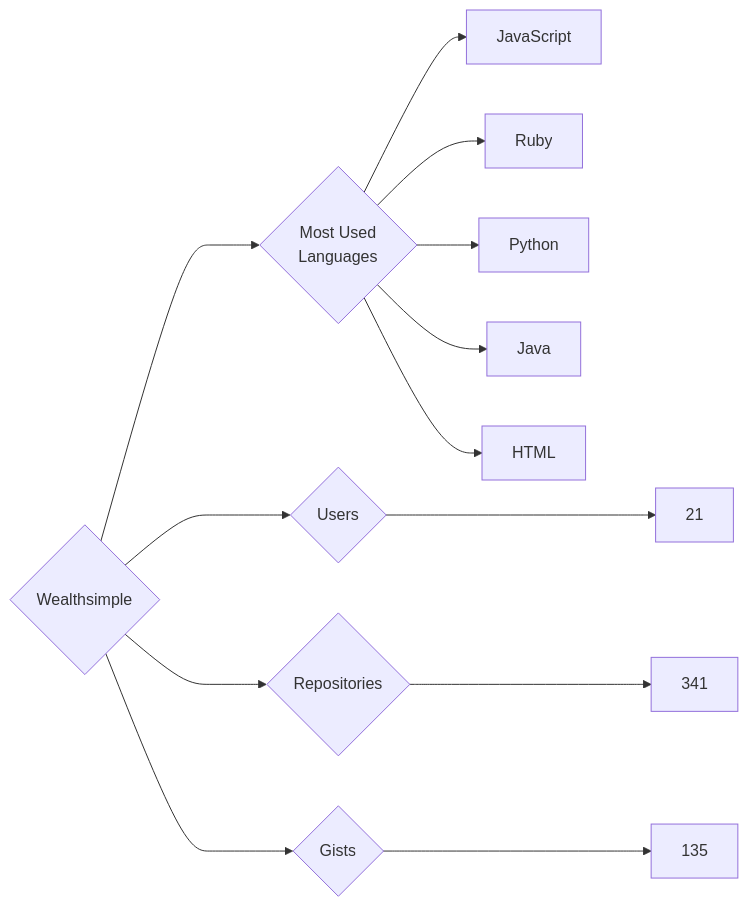
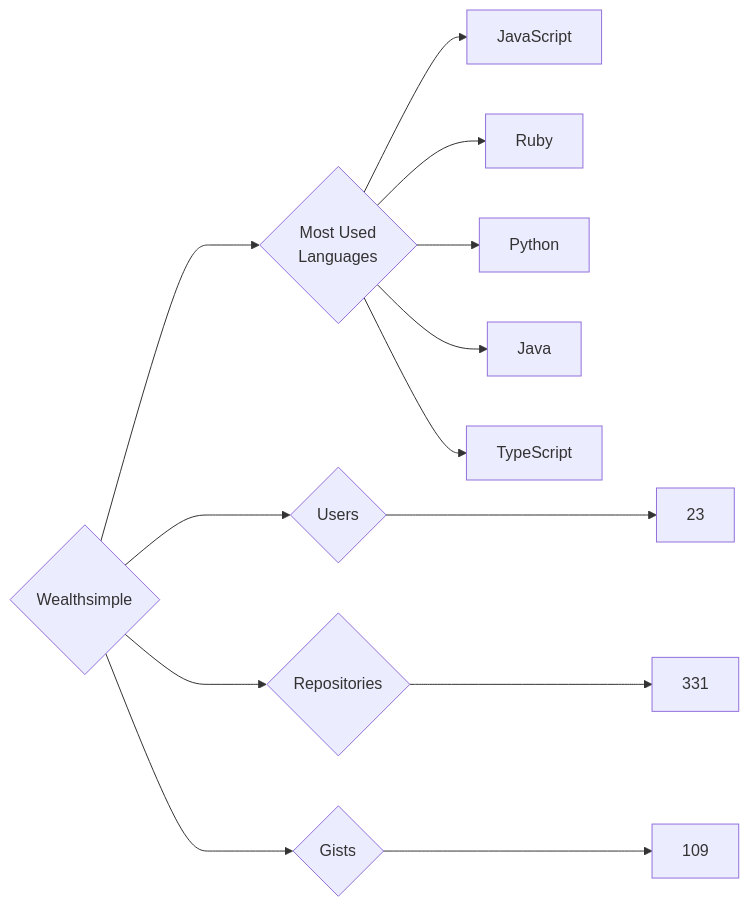
Before and after one commit to trickest/insiders: the diagram in targets/Wealthsimple/README.md, drawn with Mermaid. The commit also changed 1696 other files, not shown here.

````diff
--- a/targets/Wealthsimple/README.md
+++ b/targets/Wealthsimple/README.md
@@ -3,13 +3,13 @@
 ```mermaid
 graph LR
 COMPANY_NAME{Wealthsimple}
-COMPANY_NAME ---> U{Users} ---> UN[21]
-COMPANY_NAME ---> R{Repositories} ---> RN[341]
-COMPANY_NAME ---> G{Gists} ---> GN[135]
+COMPANY_NAME ---> U{Users} ---> UN[23]
+COMPANY_NAME ---> R{Repositories} ---> RN[331]
+COMPANY_NAME ---> G{Gists} ---> GN[109]
 COMPANY_NAME ---> ML{Most Used<br>Languages}
 ML --> JavaScript[JavaScript]
 ML --> Ruby[Ruby]
 ML --> Python[Python]
 ML --> Java[Java]
-ML --> HTML[HTML]
+ML --> TypeScript[TypeScript]
 ```
````
